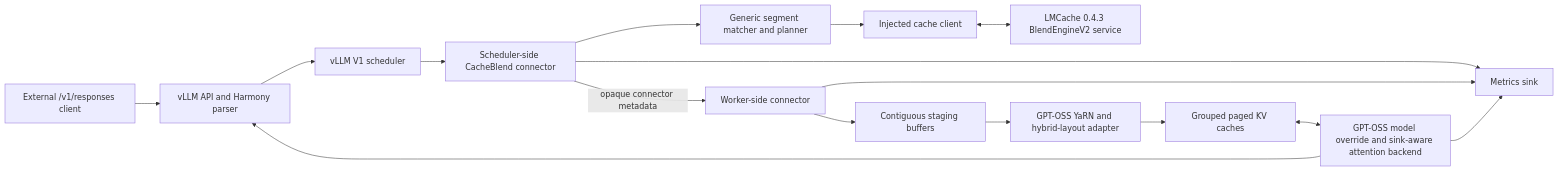
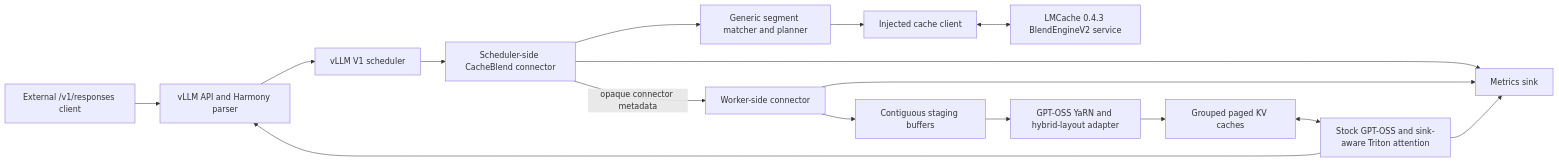
The diagram in docs/architecture.md (Gwance124/cacheblend-gpt-oss), drawn with Mermaid before and after one commit. The commit also changed other lines of this file and 4 other files, not shown here.

````diff
--- a/docs/architecture.md
+++ b/docs/architecture.md
@@ -40,18 +43,18 @@
 ```mermaid
 flowchart LR
     R[External /v1/responses client] --> V[vLLM API and Harmony parser]
     V --> S[vLLM V1 scheduler]
     S --> SC[Scheduler-side CacheBlend connector]
     SC --> P[Generic segment matcher and planner]
     P --> C[Injected cache client]
     C <--> L[LMCache 0.4.3 BlendEngineV2 service]
     SC -- opaque connector metadata --> W[Worker-side connector]
     W --> T[Contiguous staging buffers]
     T --> G[GPT-OSS YaRN and hybrid-layout adapter]
     G --> K[Grouped paged KV caches]
-    K <--> A[GPT-OSS model override and sink-aware attention backend]
+    K <--> A[Stock GPT-OSS and sink-aware Triton attention]
     A --> V
     SC --> M[Metrics sink]
     W --> M
     A --> M
 ```
````
